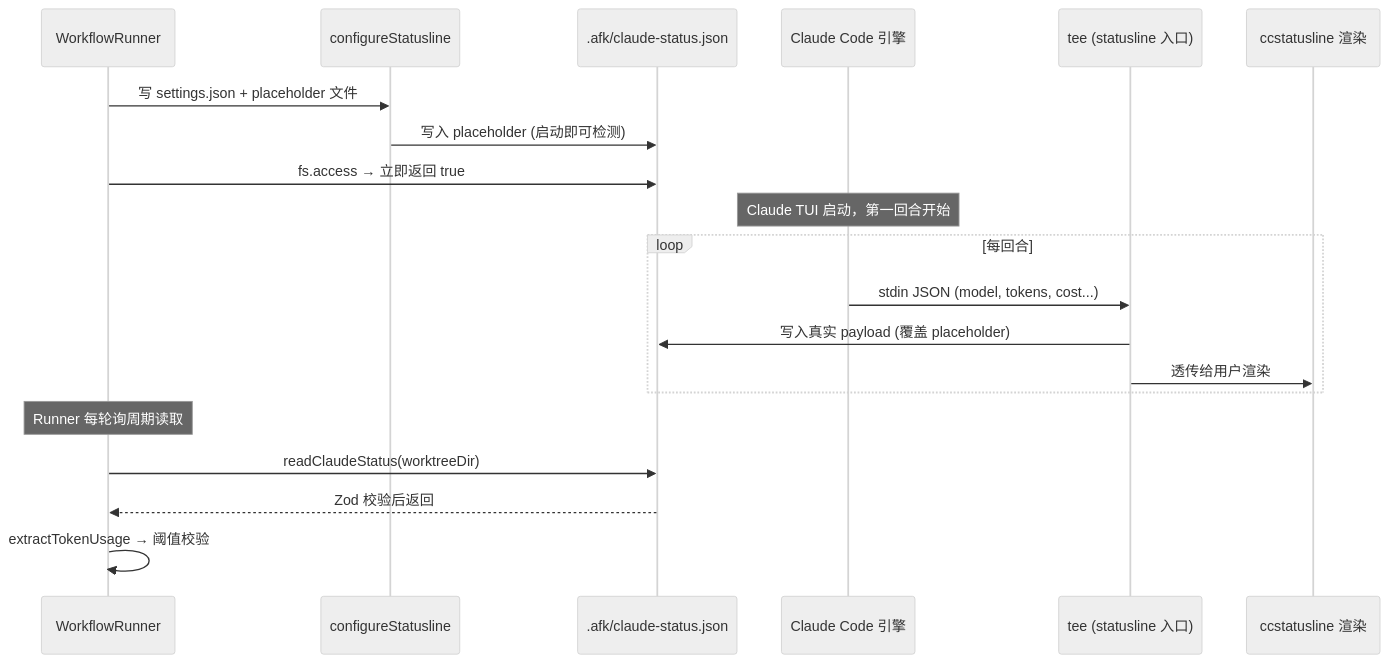
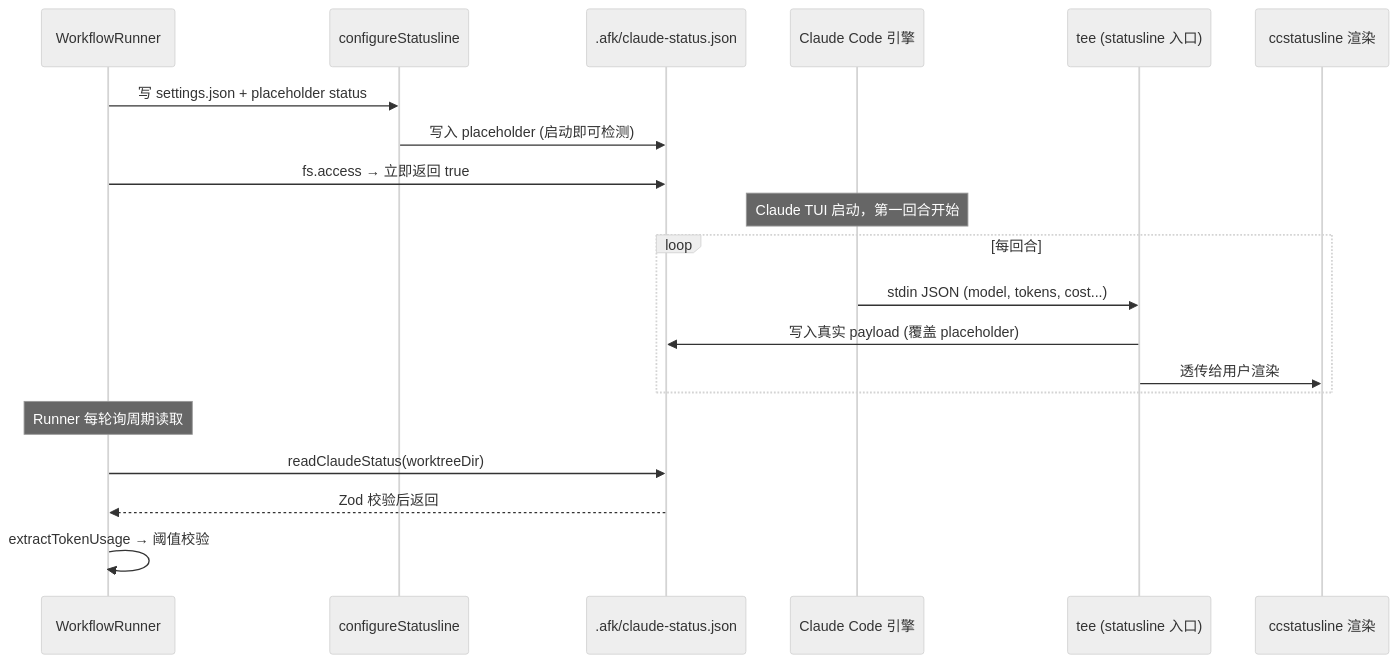
One commit to easyhaloo/afk changed the fifth of 17 diagrams in docs/ARCHITECTURE_zh.md. Above: the diagram before and after it, drawn with Mermaid (neutral theme). The commit also changed other lines of this file and 1 other file, not shown here.

First line of the commit message:
docs: align ARCHITECTURE docs with actual implementation

````diff
--- a/docs/ARCHITECTURE_zh.md
+++ b/docs/ARCHITECTURE_zh.md
@@ -326,25 +370,25 @@
 ```mermaid
 sequenceDiagram
     participant W as WorkflowRunner
     participant SCONF as configureStatusline
     participant JSON as .afk/claude-status.json
     participant CC as Claude Code 引擎
     participant Tee as tee (statusline 入口)
     participant SL as ccstatusline 渲染
 
-    W->>SCONF: 写 settings.json + placeholder 文件
+    W->>SCONF: 写 settings.json + placeholder status
     SCONF->>JSON: 写入 placeholder (启动即可检测)
     W->>JSON: fs.access → 立即返回 true
 
     Note over CC: Claude TUI 启动，第一回合开始
     loop 每回合
         CC->>Tee: stdin JSON (model, tokens, cost...)
         Tee->>JSON: 写入真实 payload (覆盖 placeholder)
         Tee->>SL: 透传给用户渲染
     end
 
     Note over W: Runner 每轮询周期读取
     W->>JSON: readClaudeStatus(worktreeDir)
     JSON-->>W: Zod 校验后返回
     W->>W: extractTokenUsage → 阈值校验
 ```
````
